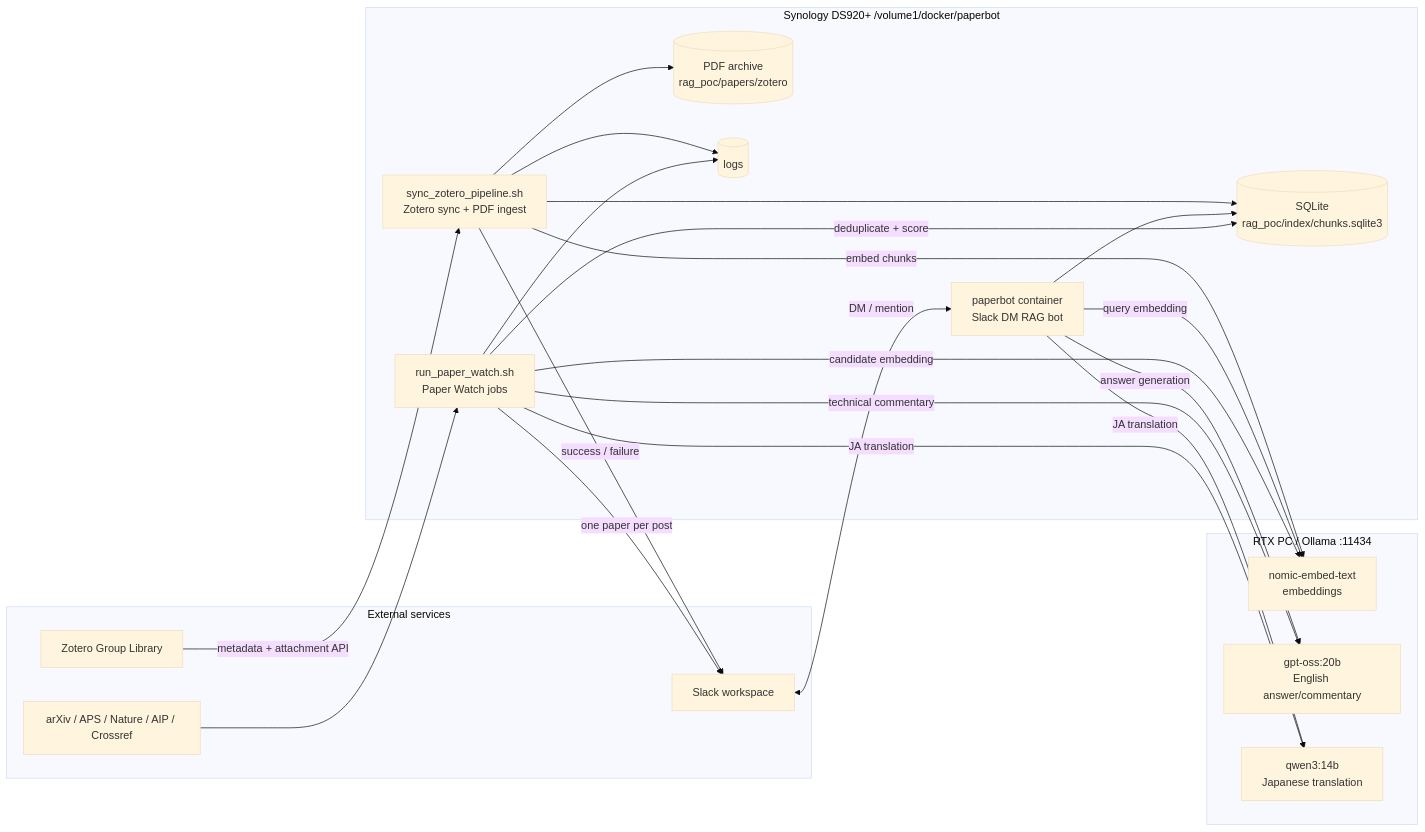
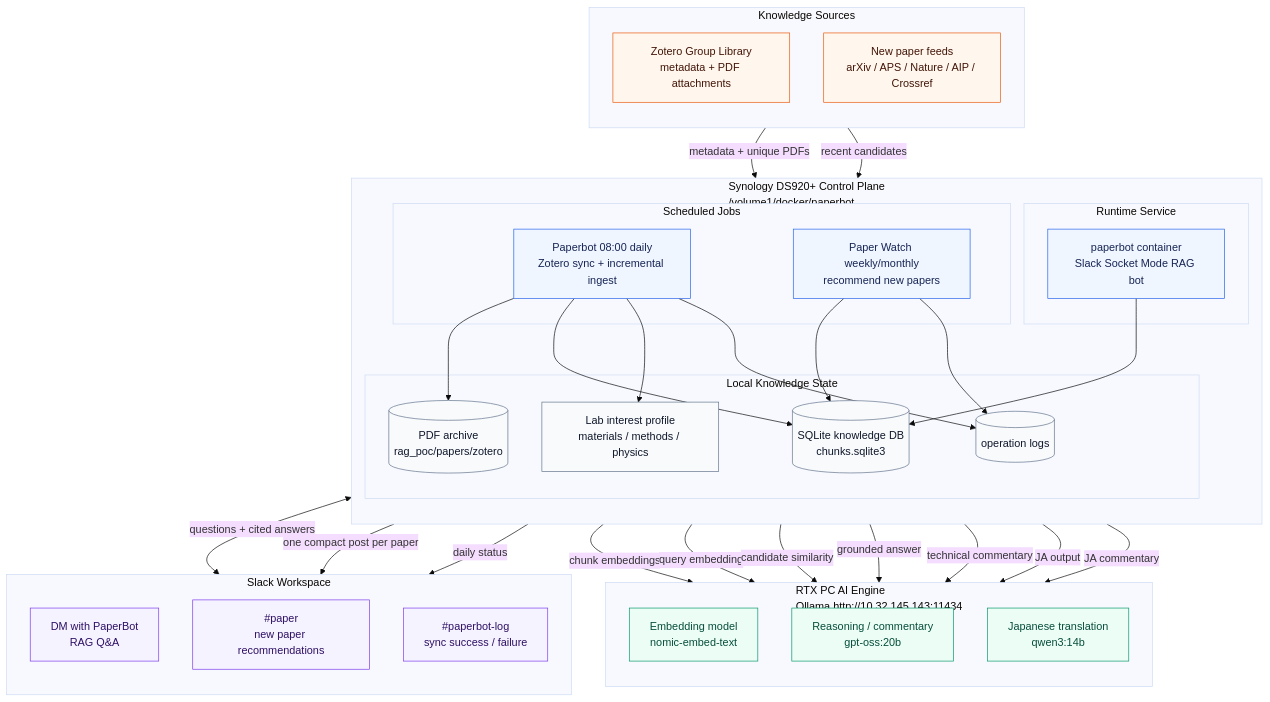
The first of 2 diagrams in README.md (woolen-yarn/kohdalab-paperbot), drawn with Mermaid (base theme) before and after one commit. The commit also changed other lines of this file and 1 other file, not shown here.

Commit message:
Add clearer architecture diagrams

````diff
--- a/README.md
+++ b/README.md
@@ -20,45 +20,76 @@
 ```mermaid
-flowchart LR
-  subgraph external["External services"]
-    zotero["Zotero Group Library"]
-    feeds["arXiv / APS / Nature / AIP / Crossref"]
-    slack["Slack workspace"]
+flowchart TB
+  subgraph sources["Knowledge Sources"]
+    direction TB
+    zotero["Zotero Group Library\nmetadata + PDF attachments"]
+    feeds["New paper feeds\narXiv / APS / Nature / AIP / Crossref"]
   end
 
-  subgraph nas["Synology DS920+ /volume1/docker/paperbot"]
-    bot["paperbot container\nSlack DM RAG bot"]
-    sync["sync_zotero_pipeline.sh\nZotero sync + PDF ingest"]
-    watch["run_paper_watch.sh\nPaper Watch jobs"]
-    sqlite[("SQLite\nrag_poc/index/chunks.sqlite3")]
-    pdfs[("PDF archive\nrag_poc/papers/zotero")]
-    logs[("logs")]
+  subgraph nas["Synology DS920+ Control Plane\n/volume1/docker/paperbot"]
+    direction TB
+
+    subgraph jobs["Scheduled Jobs"]
+      sync["Paperbot 08:00 daily\nZotero sync + incremental ingest"]
+      watch["Paper Watch weekly/monthly\nrecommend new papers"]
+    end
+
+    subgraph app["Runtime Service"]
+      bot["paperbot container\nSlack Socket Mode RAG bot"]
+    end
+
+    subgraph state["Local Knowledge State"]
+      pdfs[("PDF archive\nrag_poc/papers/zotero")]
+      db[("SQLite knowledge DB\nchunks.sqlite3")]
+      profile["Lab interest profile\nmaterials / methods / physics"]
+      logs[("operation logs")]
+    end
   end
 
-  subgraph rtx["RTX PC / Ollama :11434"]
-    embed["nomic-embed-text\nembeddings"]
-    chat["gpt-oss:20b\nEnglish answer/commentary"]
-    translate["qwen3:14b\nJapanese translation"]
+  subgraph rtx["RTX PC AI Engine\nOllama http://10.32.145.143:11434"]
+    direction TB
+    embed["Embedding model\nnomic-embed-text"]
+    chat["Reasoning / commentary\ngpt-oss:20b"]
+    translate["Japanese translation\nqwen3:14b"]
   end
 
-  zotero -->|"metadata + attachment API"| sync
+  subgraph slack["Slack Workspace"]
+    direction TB
+    dm["DM with PaperBot\nRAG Q&A"]
+    paper["#paper\nnew paper recommendations"]
+    ops["#paperbot-log\nsync success / failure"]
+  end
+
+  zotero -->|"metadata + unique PDFs"| sync
+  feeds -->|"recent candidates"| watch
+
   sync --> pdfs
-  sync --> sqlite
-  sync -->|"embed chunks"| embed
-  sync -->|"success / failure"| slack
+  sync --> db
+  sync --> profile
+  sync --> logs
+  watch --> db
+  watch --> logs
+  bot --> db
 
-  slack <-->|"DM / mention"| bot
-  bot --> sqlite
+  sync -->|"chunk embeddings"| embed
   bot -->|"query embedding"| embed
-  bot -->|"answer generation"| chat
-  bot -->|"JA translation"| translate
+  watch -->|"candidate similarity"| embed
+  bot -->|"grounded answer"| chat
+  watch -->|"technical commentary"| chat
+  bot -->|"JA output"| translate
+  watch -->|"JA commentary"| translate
 
-  feeds --> watch
-  watch -->|"deduplicate + score"| sqlite
-  watch -->|"candidate embedding"| embed
-  watch -->|"technical commentary"| chat
-  watch -->|"JA translation"| translate
-  watch -->|"one paper per post"| slack
+  bot <-->|"questions + cited answers"| dm
+  watch -->|"one compact post per paper"| paper
+  sync -->|"daily status"| ops
 
-  sync --> logs
-  watch --> logs
+  classDef source fill:#fff7ed,stroke:#ea580c,color:#431407
+  classDef nas fill:#eff6ff,stroke:#2563eb,color:#172554
+  classDef state fill:#f8fafc,stroke:#64748b,color:#0f172a
+  classDef rtx fill:#ecfdf5,stroke:#059669,color:#064e3b
+  classDef slack fill:#f5f3ff,stroke:#7c3aed,color:#2e1065
+  class zotero,feeds source
+  class sync,watch,bot nas
+  class pdfs,db,profile,logs state
+  class embed,chat,translate rtx
+  class dm,paper,ops slack
 ```
````
